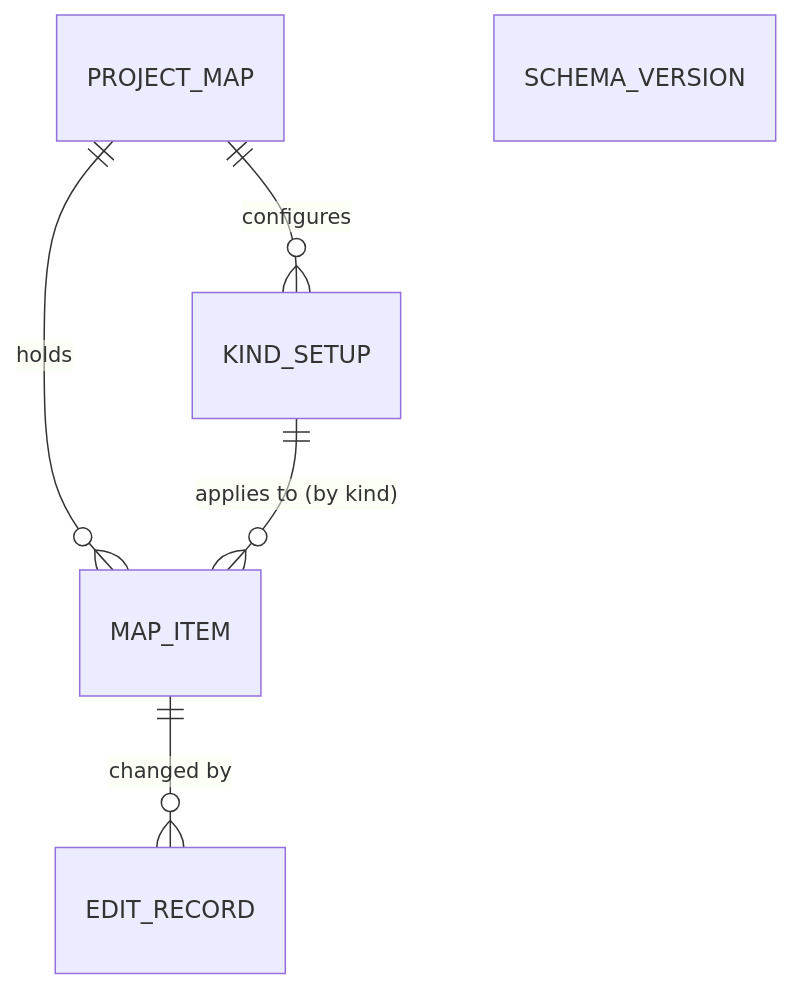
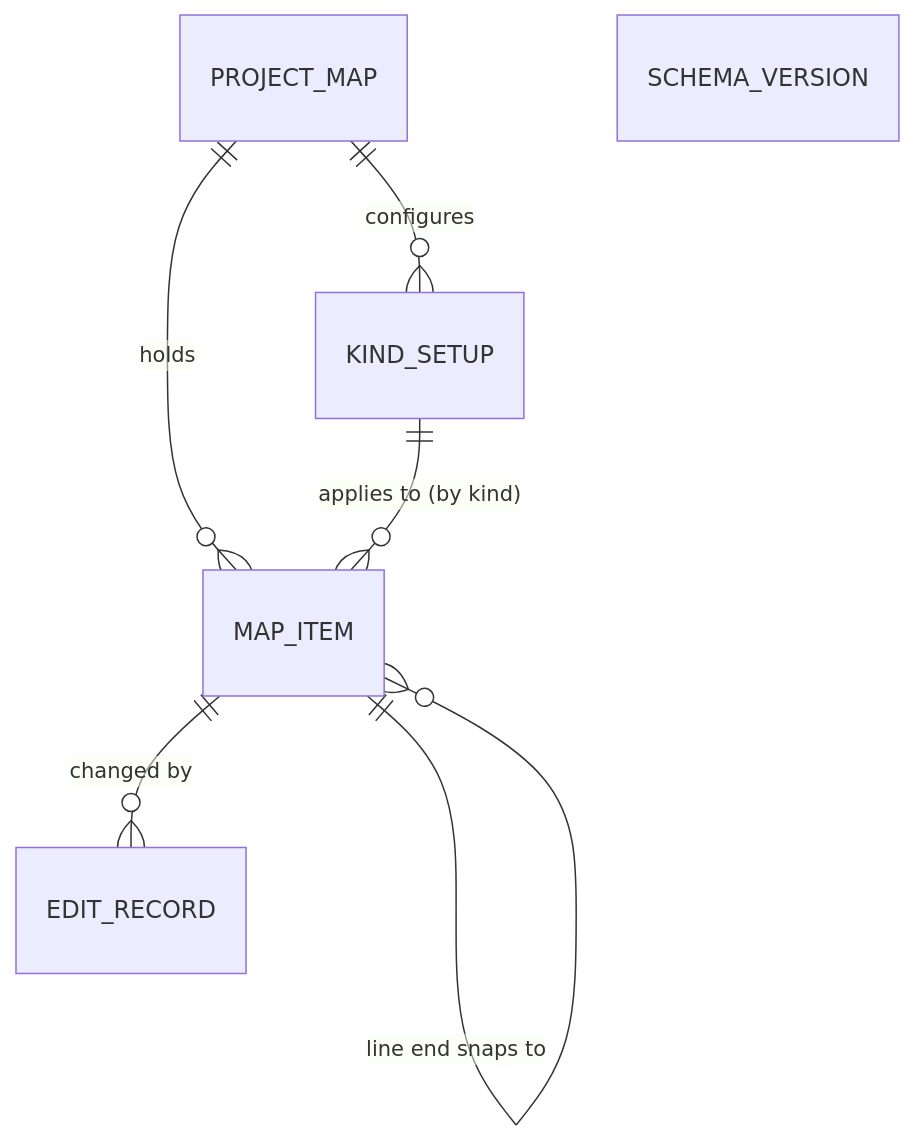
Before and after one commit to aott33/perspective-map-studio: the fourth of 4 diagrams in _bmad-output/initiative-flowmap/architecture-map-studio/architecture-map-studio.md, drawn with Mermaid. The commit also changed other lines of this file and 1 other file, not shown here.

First line of the commit message:
Apply reviewer fixes to the Map Studio architecture spine

````diff
--- a/_bmad-output/initiative-flowmap/architecture-map-studio/architecture-map-studio.md
+++ b/_bmad-output/initiative-flowmap/architecture-map-studio/architecture-map-studio.md
@@ -213,8 +257,9 @@
 ```mermaid
 erDiagram
   PROJECT_MAP ||--o{ MAP_ITEM : holds
   PROJECT_MAP ||--o{ KIND_SETUP : configures
   MAP_ITEM ||--o{ EDIT_RECORD : "changed by"
   KIND_SETUP ||--o{ MAP_ITEM : "applies to (by kind)"
+  MAP_ITEM ||--o{ MAP_ITEM : "line end snaps to"
   SCHEMA_VERSION
 ```
````
